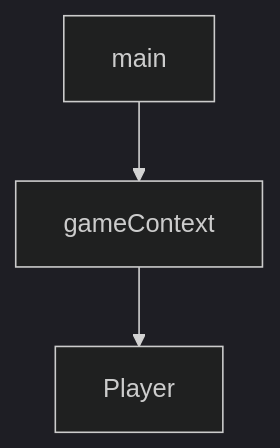
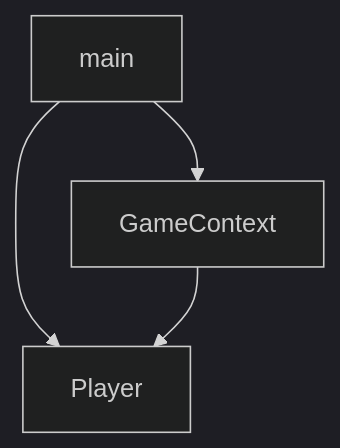
Before and after one commit to woowacourse-precourse/java-racingcar-7: the diagram in README.md, drawn with Mermaid (dark theme). The commit also changed other lines of this file, not shown here.

Commit message:
docs: 아키텍처 변경
- 뷰잉 로직(main)에서 Player 객체를 직접 생성하고
- GameContext 에서 Player 의 이동 방식을 결정하지 않고, Player 객체에 완전히 위임하도록 변경

````diff
--- a/README.md
+++ b/README.md
@@ -40,5 +41,6 @@
 ```mermaid
 graph
-    main-->gameContext
-    gameContext-->Player
+    main-->GameContext
+    main-->Player
+    GameContext-->Player
 ```
````
